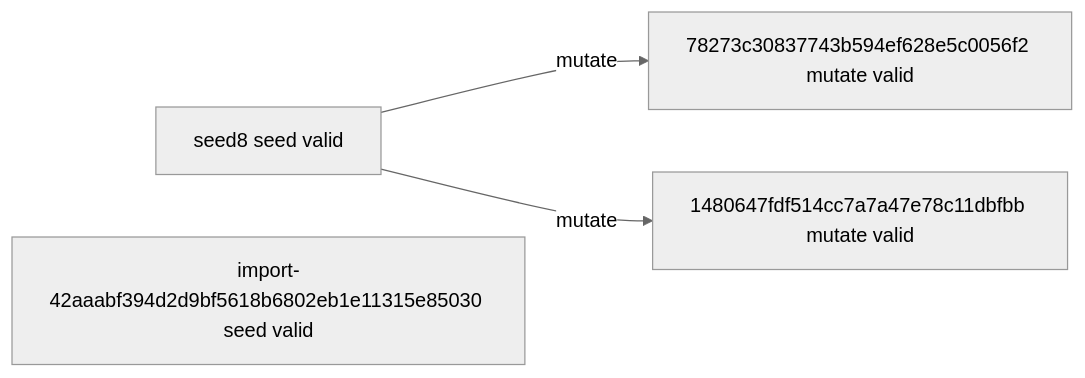
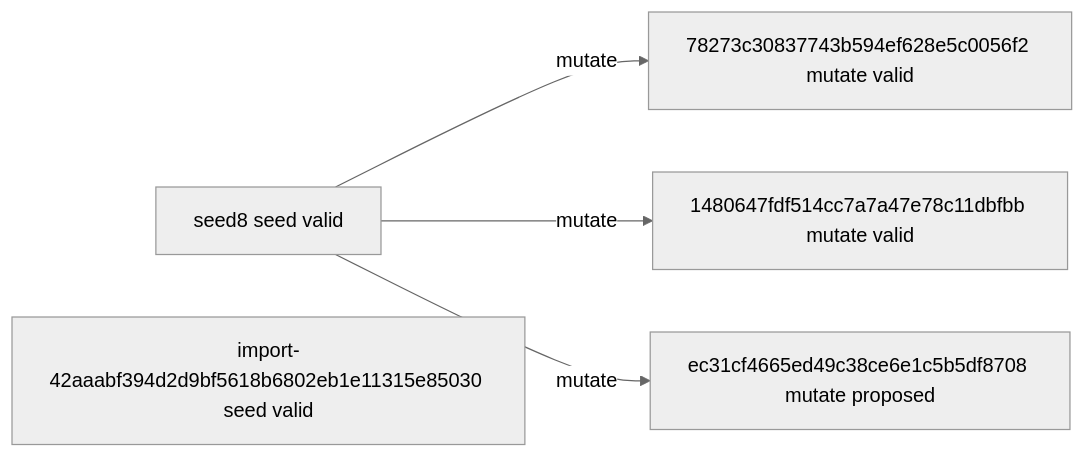
Before and after one commit to timbtz/feyer-search-lab: the diagram in experiments/campaigns/discrete-local-v1/README.md, drawn with Mermaid (neutral theme). The commit also changed other lines of this file and 7 other files, not shown here.

````diff
--- a/experiments/campaigns/discrete-local-v1/README.md
+++ b/experiments/campaigns/discrete-local-v1/README.md
@@ -21,9 +21,11 @@
 ```mermaid
 graph LR
   n0["seed8 seed valid"]
   n1["import-42aaabf394d2d9bf5618b6802eb1e11315e85030 seed valid"]
   n2["78273c30837743b594ef628e5c0056f2 mutate valid"]
   n3["1480647fdf514cc7a7a47e78c11dbfbb mutate valid"]
+  n4["ec31cf4665ed49c38ce6e1c5b5df8708 mutate proposed"]
   n0 -->|mutate| n2
   n0 -->|mutate| n3
+  n0 -->|mutate| n4
 ```
````
